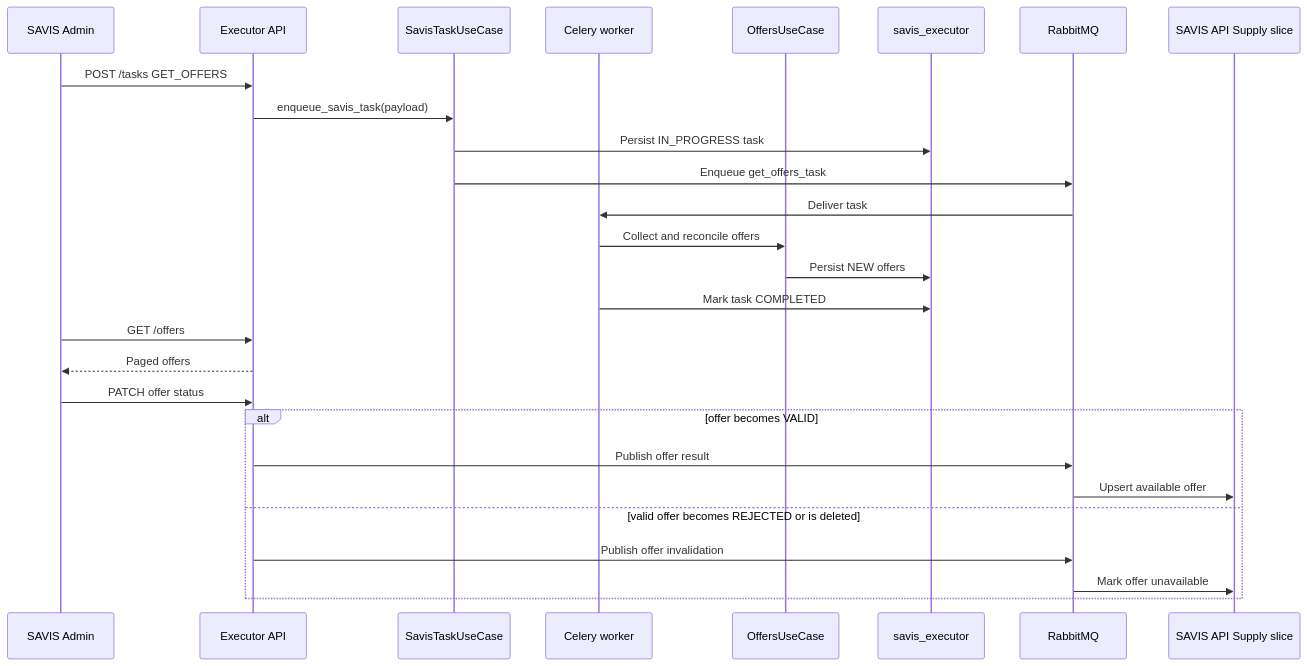
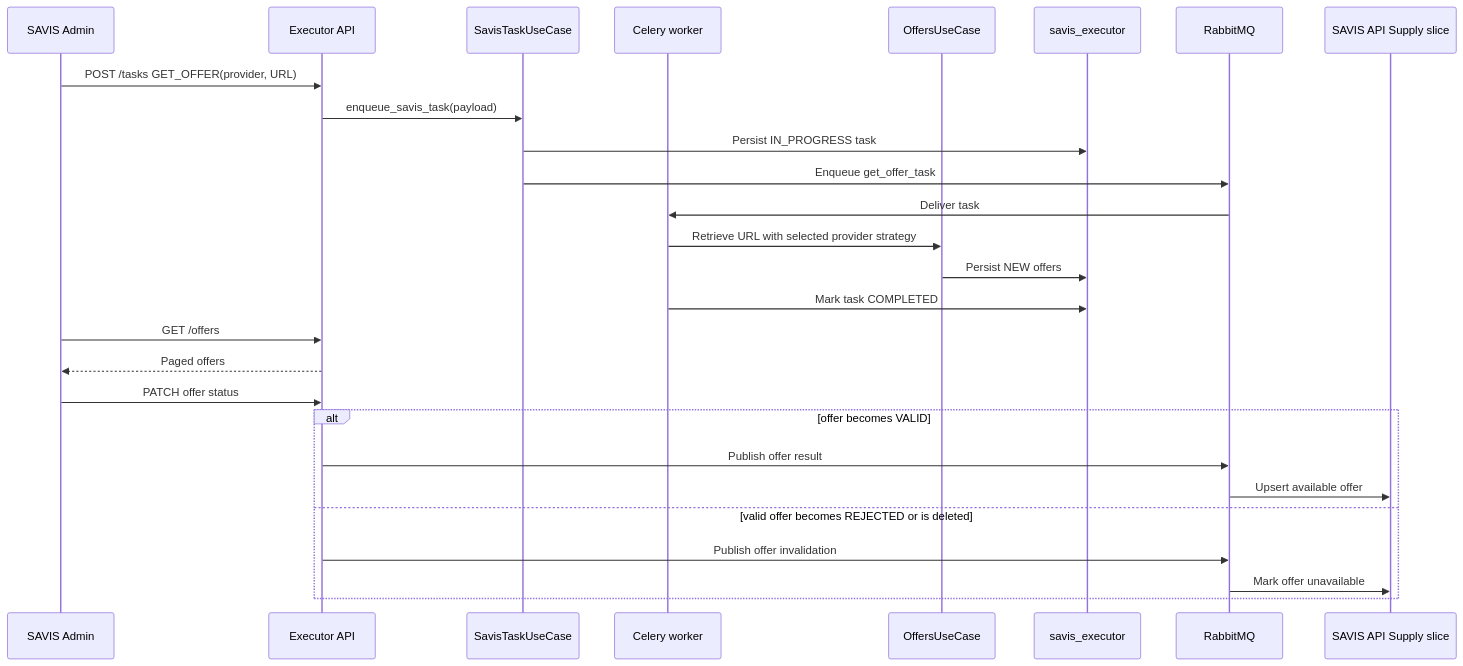
The seventh of 14 diagrams in docs/ARCHITECTURE.md (wiljeanlouis/savis), drawn with Mermaid before and after one commit. The commit also changed other lines of this file and 37 other files, not shown here.

````diff
--- a/docs/ARCHITECTURE.md
+++ b/docs/ARCHITECTURE.md
@@ -309,30 +309,30 @@
 ```mermaid
 sequenceDiagram
   participant Admin as SAVIS Admin
   participant Executor as Executor API
   participant TaskUseCase as SavisTaskUseCase
   participant Worker as Celery worker
   participant OfferUseCase as OffersUseCase
   participant PgExec as savis_executor
   participant Rabbit as RabbitMQ
   participant Supply as SAVIS API Supply slice
 
-  Admin->>Executor: POST /tasks GET_OFFERS
+  Admin->>Executor: POST /tasks GET_OFFER(provider, URL)
   Executor->>TaskUseCase: enqueue_savis_task(payload)
   TaskUseCase->>PgExec: Persist IN_PROGRESS task
-  TaskUseCase->>Rabbit: Enqueue get_offers_task
+  TaskUseCase->>Rabbit: Enqueue get_offer_task
   Rabbit->>Worker: Deliver task
-  Worker->>OfferUseCase: Collect and reconcile offers
+  Worker->>OfferUseCase: Retrieve URL with selected provider strategy
   OfferUseCase->>PgExec: Persist NEW offers
   Worker->>PgExec: Mark task COMPLETED
   Admin->>Executor: GET /offers
   Executor-->>Admin: Paged offers
   Admin->>Executor: PATCH offer status
   alt offer becomes VALID
     Executor->>Rabbit: Publish offer result
     Rabbit->>Supply: Upsert available offer
   else valid offer becomes REJECTED or is deleted
     Executor->>Rabbit: Publish offer invalidation
     Rabbit->>Supply: Mark offer unavailable
   end
 ```
````
